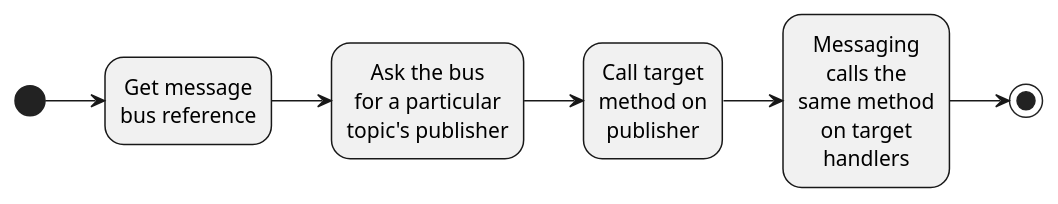
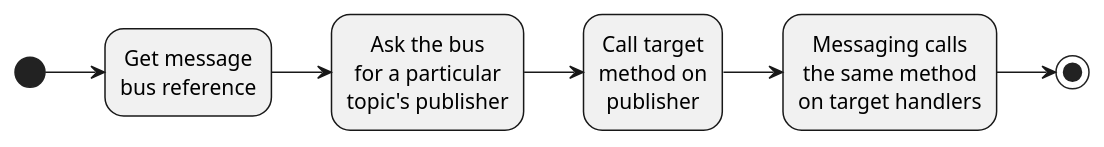
One commit to JetBrains/intellij-sdk-docs changed the fifth of 8 diagrams in topics/reference_guide/messaging_infrastructure.md. Above: the diagram before and after it, drawn with PlantUML. The commit also changed other lines of this file and 15 other files, not shown here.

Commit message:
Switch to inline diagrams

````diff
--- a/topics/reference_guide/messaging_infrastructure.md
+++ b/topics/reference_guide/messaging_infrastructure.md
@@ -214,19 +192,19 @@
 ```plantuml
 @startuml
 
 skinparam monochrome true
-skinparam DefaultFontName JetBrains Sans,sans-serif
+skinparam DefaultFontName JetBrains Sans
 skinparam DefaultFontSize 14
 skinparam DefaultTextAlignment center
 skinparam ActivityBorderThickness 1
 
 left to right direction
 
 ' Define the activity
 (*) --> "Get message\nbus reference"
   --> "Ask the bus\nfor a particular\ntopic's publisher"
   --> "Call target\nmethod on\npublisher"
-  --> "Messaging\ncalls the\nsame method\non target\nhandlers"
+  --> "Messaging calls\nthe same method\non target handlers"
 --> (*)
 @enduml
 ```
````
